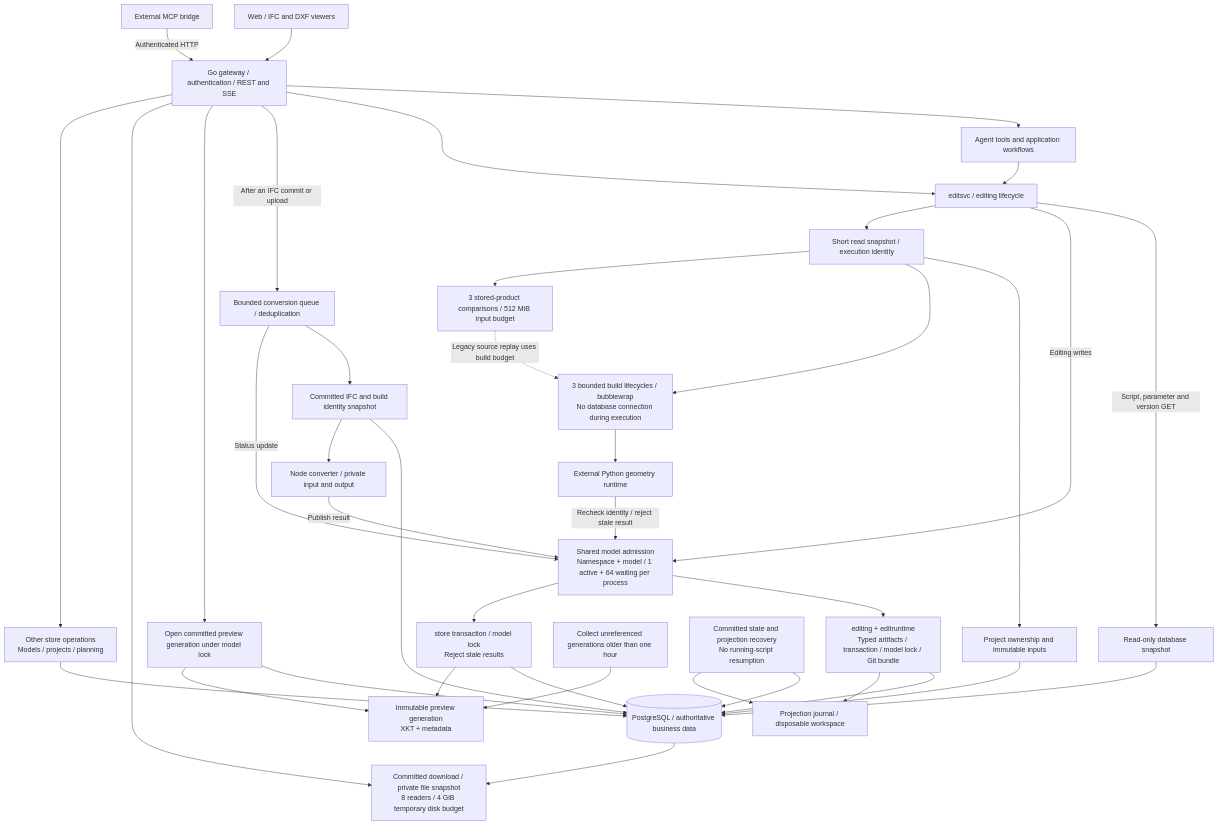
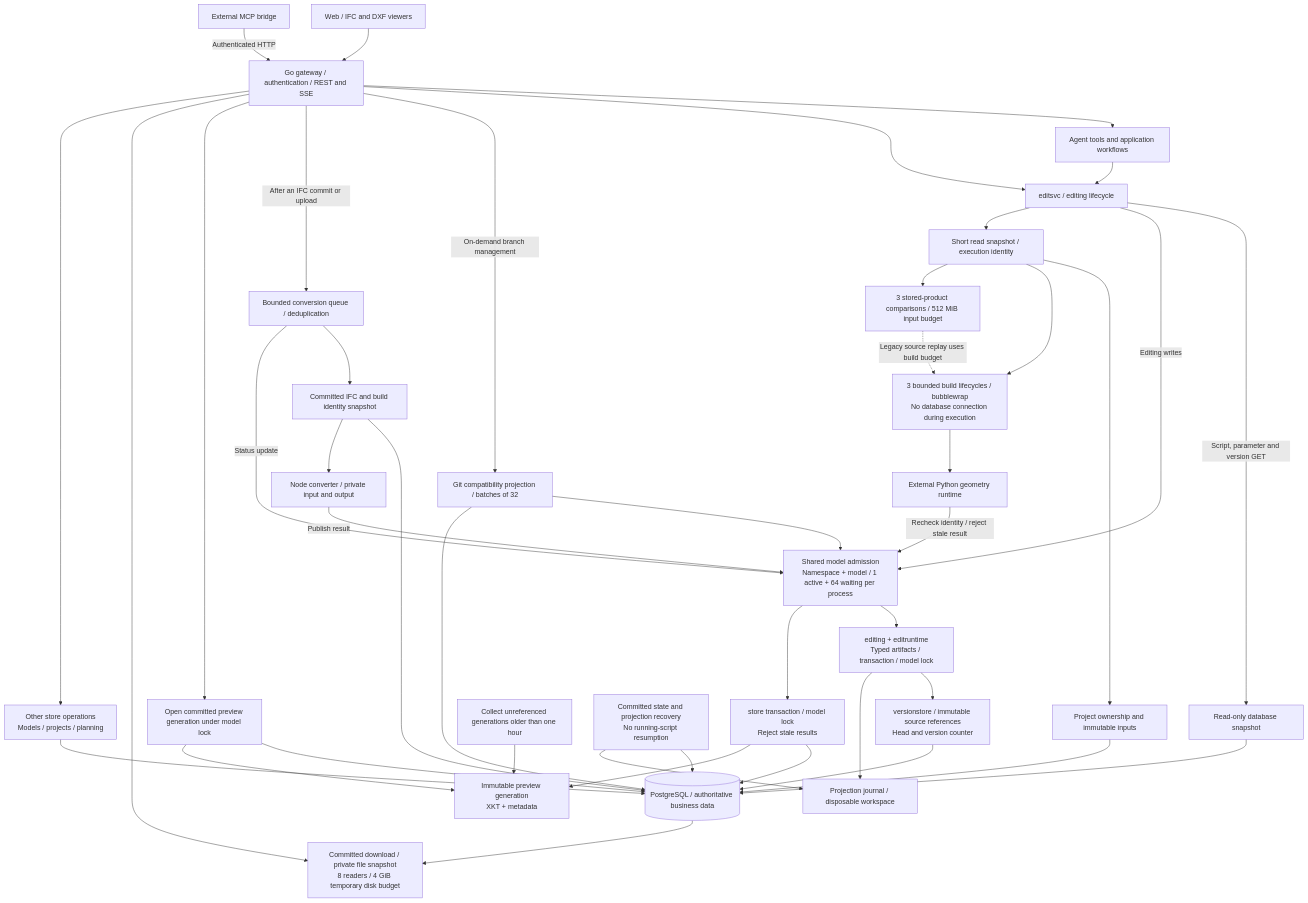
The first of 2 diagrams in README.md (0702hjj/SourceAEC), drawn with Mermaid before and after one commit. The commit also changed other lines of this file and 41 other files, not shown here.

Commit message:
Store immutable source history and project Git on demand

````diff
--- a/README.md
+++ b/README.md
@@ -28,41 +28,45 @@
 ```mermaid
 flowchart TB
     WEB[Web / IFC and DXF viewers] --> API[Go gateway / authentication / REST and SSE]
     MCP[External MCP bridge] -->|Authenticated HTTP| API
     API --> AGENT[Agent tools and application workflows]
     API --> EDIT[editsvc / editing lifecycle]
     AGENT --> EDIT
     EDIT -->|Script, parameter and version GET| READ[Read-only database snapshot]
     READ --> PG[(PostgreSQL / authoritative business data)]
     EDIT -->|Editing writes| GATE[Shared model admission<br/>Namespace + model / 1 active + 64 waiting per process]
-    GATE --> WRITE[editing + editruntime<br/>Typed artifacts / transaction / model lock / Git bundle]
-    WRITE --> PG
+    GATE --> WRITE[editing + editruntime<br/>Typed artifacts / transaction / model lock]
+    WRITE --> VERSION[versionstore / immutable source references<br/>Head and version counter]
+    VERSION --> PG
+    API -->|On-demand branch management| GIT[Git compatibility projection / batches of 32]
+    GIT --> GATE
+    GIT --> PG
     EDIT --> PREP[Short read snapshot / execution identity]
     PREP --> INPUT[Project ownership and immutable inputs]
     INPUT --> PG
     PREP --> SANDBOX[3 bounded build lifecycles / bubblewrap<br/>No database connection during execution]
     PREP --> COMPARE[3 stored-product comparisons / 512 MiB input budget]
     COMPARE -.->|Legacy source replay uses build budget| SANDBOX
     SANDBOX --> PY[External Python geometry runtime]
     PY -->|Recheck identity / reject stale result| GATE
     WRITE --> JOURNAL[Projection journal / disposable workspace]
     API -->|After an IFC commit or upload| QUEUE[Bounded conversion queue / deduplication]
     QUEUE --> SOURCE[Committed IFC and build identity snapshot]
     SOURCE --> PG
     SOURCE --> NODE[Node converter / private input and output]
     NODE -->|Publish result| GATE
     QUEUE -->|Status update| GATE
     GATE --> DERIVED[store transaction / model lock<br/>Reject stale results]
     DERIVED --> PG
     DERIVED --> CACHE[Immutable preview generation<br/>XKT + metadata]
     API --> VIEW[Open committed preview generation under model lock]
     VIEW --> PG
     VIEW --> CACHE
     API --> DOWNLOAD[Committed download / private file snapshot<br/>8 readers / 4 GiB temporary disk budget]
     PG --> DOWNLOAD
     GC[Collect unreferenced generations older than one hour] --> CACHE
     RECOVER[Committed state and projection recovery<br/>No running-script resumption] --> PG
     RECOVER --> JOURNAL
     API --> OTHER[Other store operations<br/>Models / projects / planning]
     OTHER --> PG
 ```
````
